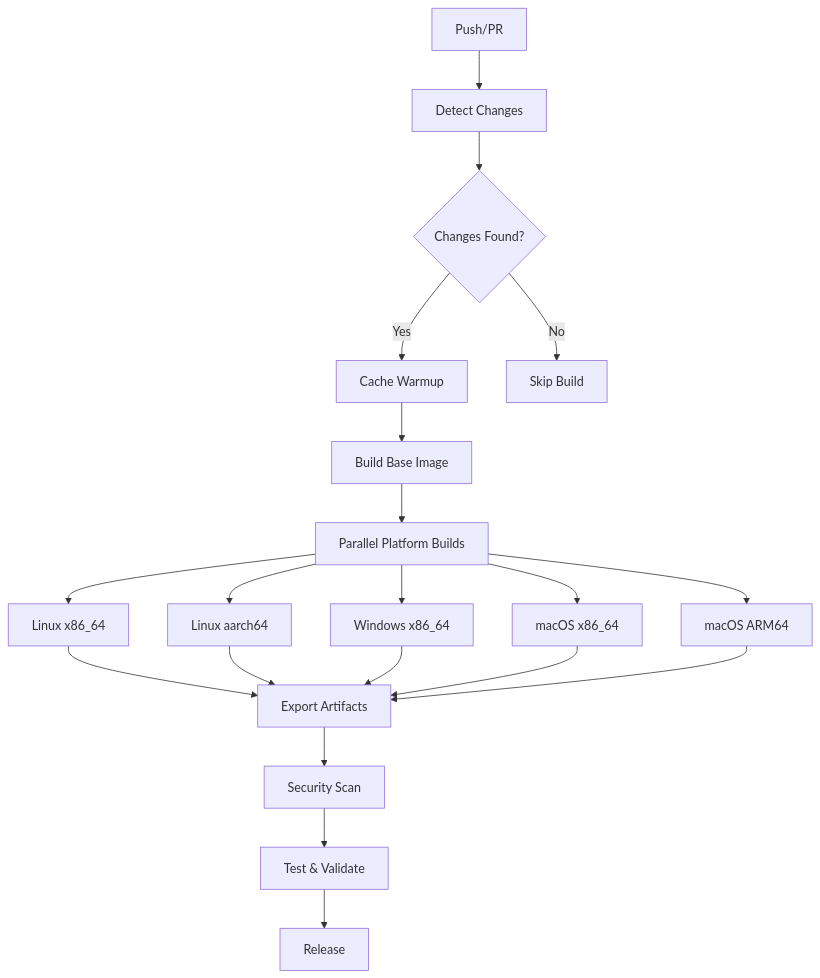
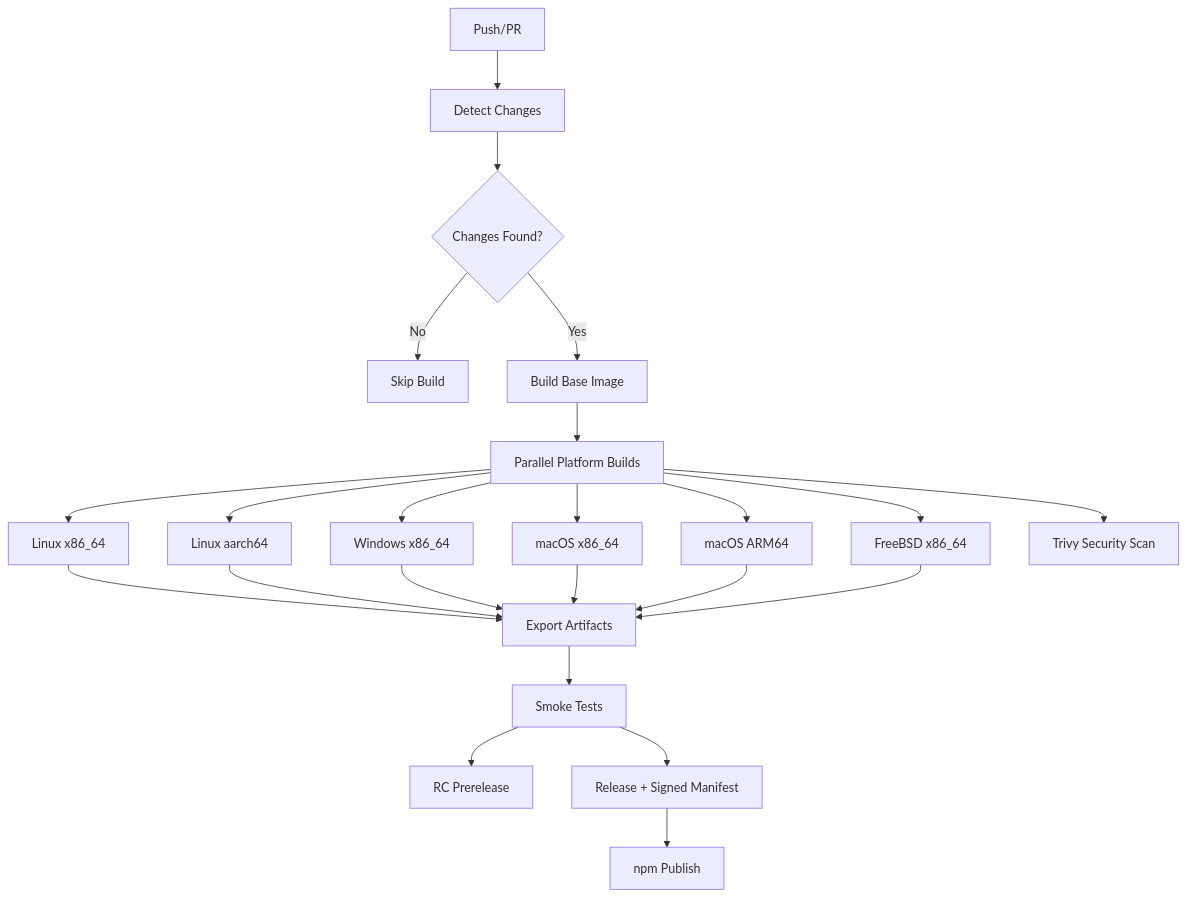
The diagram in README.md (NoMercy-Entertainment/nomercy-ffmpeg), drawn with Mermaid before and after one commit. The commit also changed other lines of this file and 5 other files, not shown here.

First line of the commit message:
docs: update README; fix npm client pinning and publish trigger (#36)

````diff
--- a/README.md
+++ b/README.md
@@ -42,22 +48,25 @@
 ```mermaid
 graph TD
     A[Push/PR] --> B[Detect Changes]
     B --> C{Changes Found?}
-    C -->|Yes| D[Cache Warmup]
     C -->|No| Z[Skip Build]
-    D --> E[Build Base Image]
-    E --> F[Parallel Platform Builds]
-    F --> G[Linux x86_64]
-    F --> H[Linux aarch64]
-    F --> I[Windows x86_64]
-    F --> J[macOS x86_64]
-    F --> K[macOS ARM64]
-    G --> L[Export Artifacts]
+    C -->|Yes| D[Build Base Image]
+    D --> E[Parallel Platform Builds]
+    E --> F[Linux x86_64]
+    E --> G[Linux aarch64]
+    E --> H[Windows x86_64]
+    E --> I[macOS x86_64]
+    E --> J[macOS ARM64]
+    E --> K[FreeBSD x86_64]
+    F --> L[Export Artifacts]
+    G --> L
     H --> L
     I --> L
     J --> L
     K --> L
-    L --> M[Security Scan]
-    M --> N[Test & Validate]
-    N --> O[Release]
+    E --> M[Trivy Security Scan]
+    L --> N[Smoke Tests]
+    N --> O[RC Prerelease]
+    N --> P[Release + Signed Manifest]
+    P --> Q[npm Publish]
 ```
````
